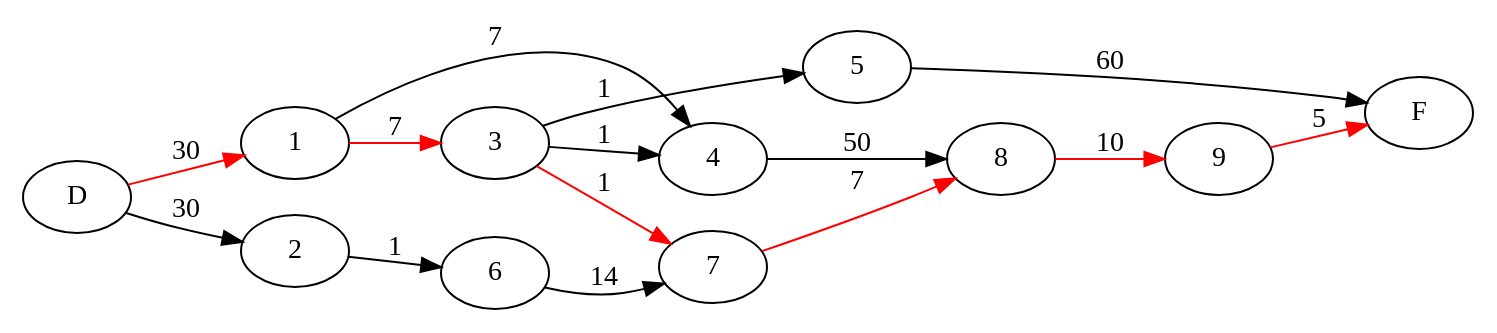
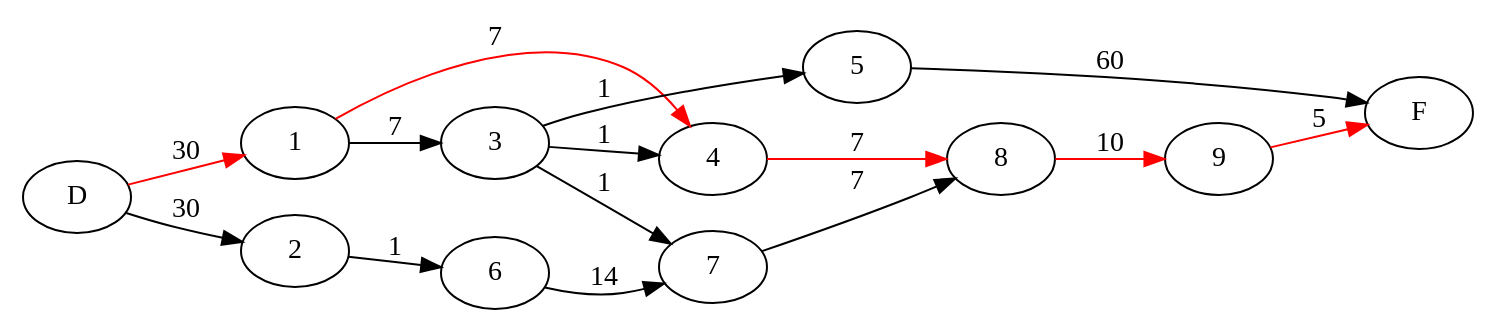
One commit to Malik-Hacini/Projet-Graphes changed the diagram in Analyses/Historique_test_cool/Analyse_Initiale/Analyse_Initiale-dot2tex-fig1.dot. Above: the diagram before and after it, drawn with Graphviz. The commit also changed 21 other files, not shown here.

Commit message:
Update graphe_to_latex

```diff
--- a/Analyses/Historique_test_cool/Analyse_Initiale/Analyse_Initiale-dot2tex-fig1.dot
+++ b/Analyses/Historique_test_cool/Analyse_Initiale/Analyse_Initiale-dot2tex-fig1.dot
@@ -1,18 +1,18 @@
 
     digraph G{
    rankdir=LR
    D -> 2 [label="30"];
    D -> 1 [label="30" color="red"];
-   1 -> 4 [label="7"];
-   1 -> 3 [label="7" color="red"];
+   1 -> 3 [label="7"];
+   1 -> 4 [label="7" color="red"];
    2 -> 6 [label="1"];
-   3 -> 7 [label="1" color="red"];
+   3 -> 4 [label="1"];
    3 -> 5 [label="1"];
-   3 -> 4 [label="1"];
-   4 -> 8 [label="50"];
+   3 -> 7 [label="1"];
+   4 -> 8 [label="7" color="red"];
    5 -> F [label="60"];
    6 -> 7 [label="14"];
-   7 -> 8 [label="7" color="red"];
+   7 -> 8 [label="7"];
    8 -> 9 [label="10" color="red"];
    9 -> F [label="5" color="red"];
    }
```
